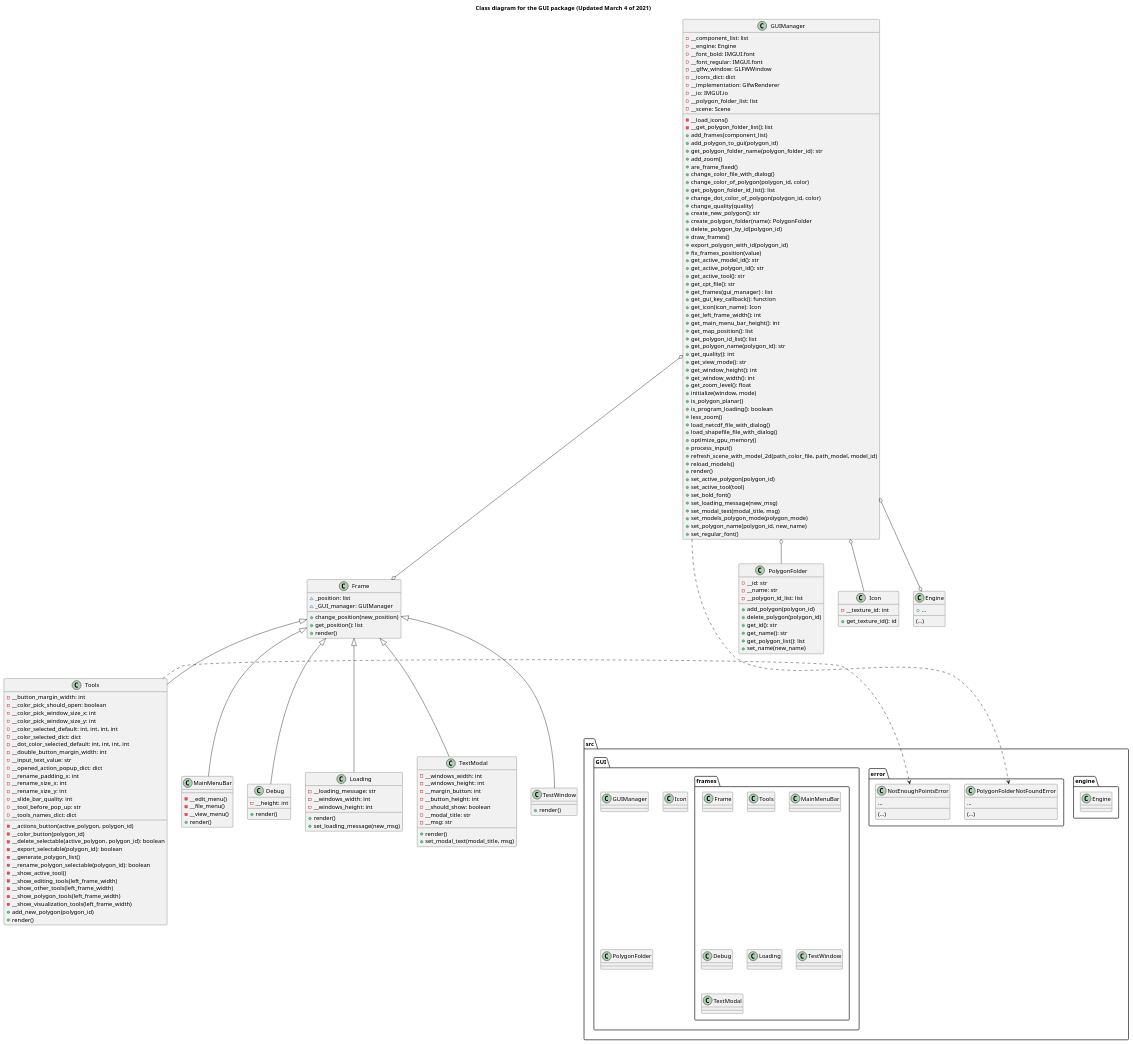
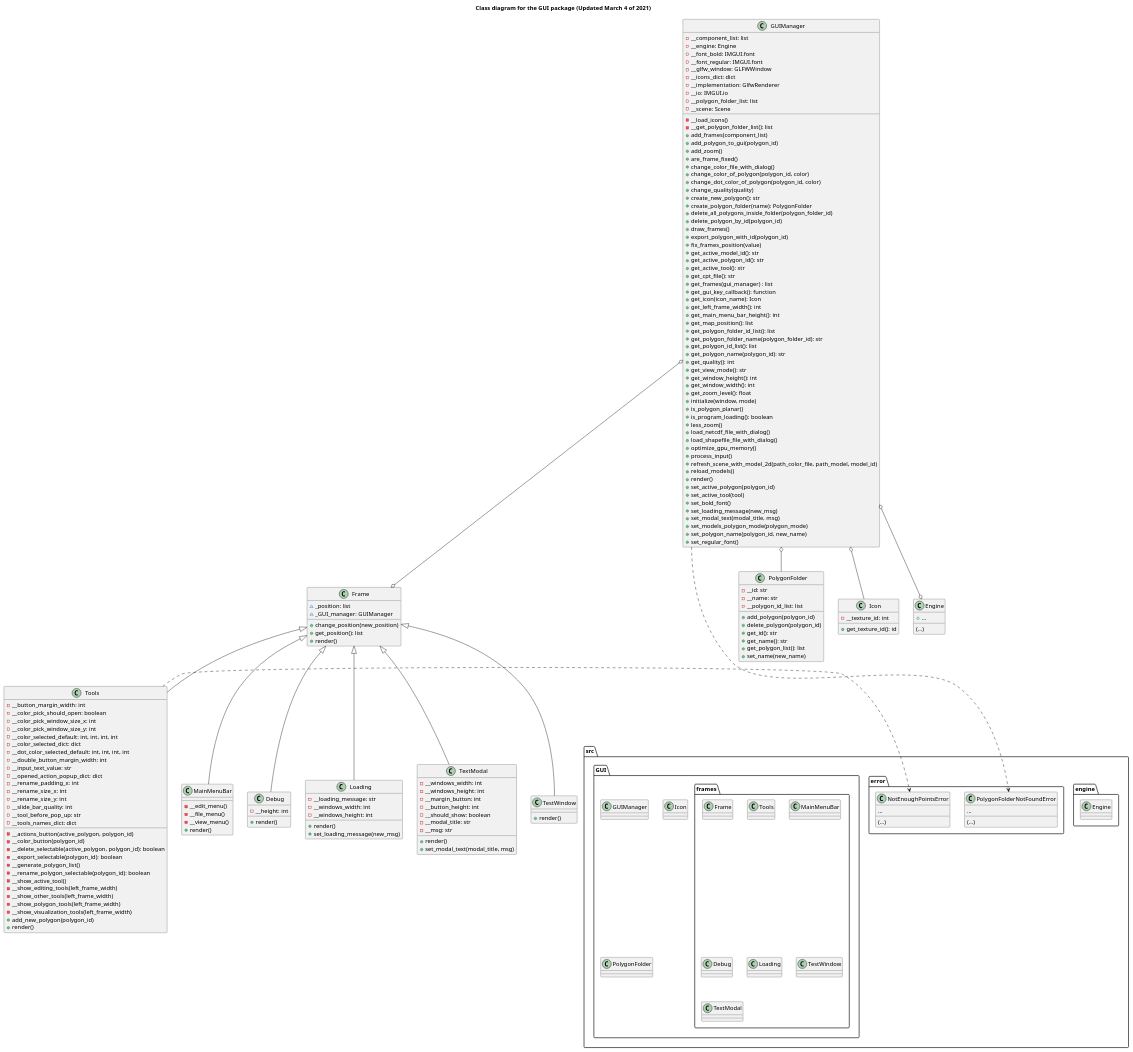
The diagram in docs/gui_package.puml (ferpoble2/Relief_Creator), drawn with PlantUML before and after one commit. The commit also changed 1 other file, not shown here.

Commit message:
Added delete_all_polygons_inside_folder method to the GUIManager

```diff
--- a/docs/gui_package.puml
+++ b/docs/gui_package.puml
@@ -67,16 +67,15 @@
     - __get_polygon_folder_list(): list
     + add_frames(component_list)
     + add_polygon_to_gui(polygon_id)
-    + get_polygon_folder_name(polygon_folder_id): str
     + add_zoom()
     + are_frame_fixed()
     + change_color_file_with_dialog()
     + change_color_of_polygon(polygon_id, color)
-    + get_polygon_folder_id_list(): list
     + change_dot_color_of_polygon(polygon_id, color)
     + change_quality(quality)
     + create_new_polygon(): str
     + create_polygon_folder(name): PolygonFolder
+    + delete_all_polygons_inside_folder(polygon_folder_id)
     + delete_polygon_by_id(polygon_id)
     + draw_frames()
     + export_polygon_with_id(polygon_id)
@@ -91,6 +90,8 @@
     + get_left_frame_width(): int
     + get_main_menu_bar_height(): int
     + get_map_position(): list
+    + get_polygon_folder_id_list(): list
+    + get_polygon_folder_name(polygon_folder_id): str
     + get_polygon_id_list(): list
     + get_polygon_name(polygon_id): str
     + get_quality(): int
```
